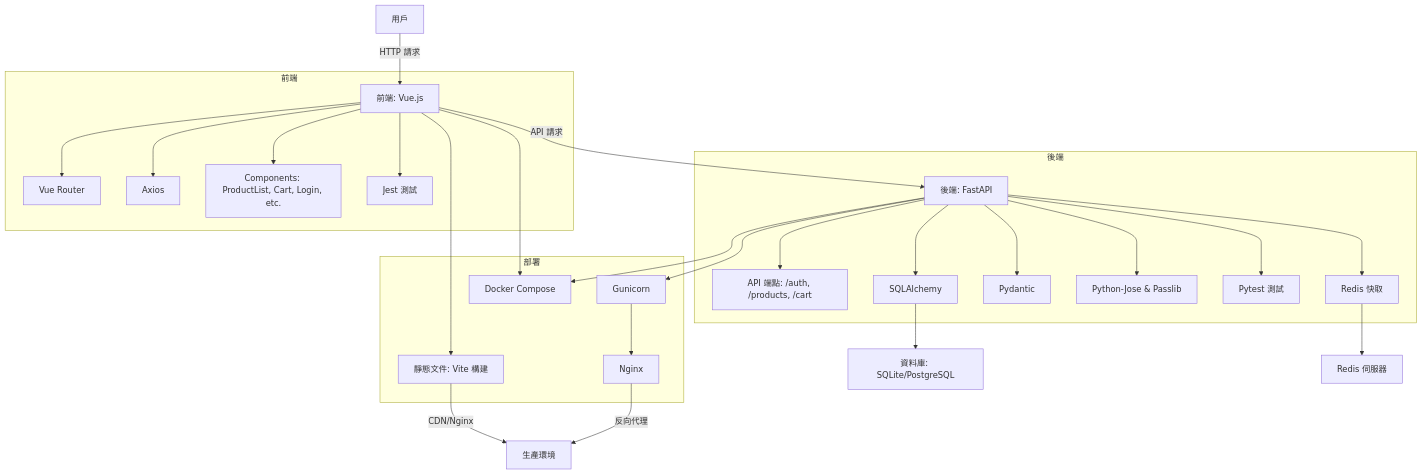
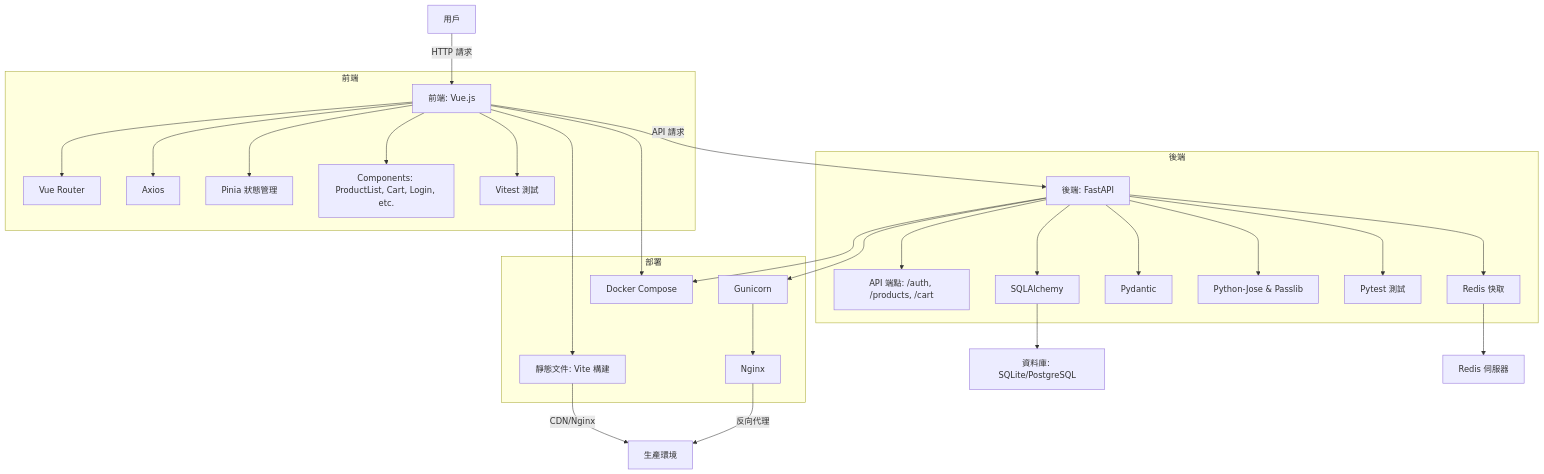
Before and after one commit to BpsEason/VueFastMart: the diagram in README.md, drawn with Mermaid. The commit also changed other lines of this file, not shown here.

````diff
--- a/README.md
+++ b/README.md
@@ -32,34 +32,35 @@
 ```mermaid
 graph TD
     A[用戶] -->|HTTP 請求| B[前端: Vue.js]
     B -->|API 請求| C[後端: FastAPI]
     
     subgraph 前端
         B --> D[Vue Router]
         B --> E[Axios]
-        B --> F[Components: ProductList, Cart, Login, etc.]
-        B --> G[Jest 測試]
+        B --> F[Pinia 狀態管理]
+        B --> G[Components: ProductList, Cart, Login, etc.]
+        B --> H[Vitest 測試]
     end
     
     subgraph 後端
-        C --> H[API 端點: /auth, /products, /cart]
-        C --> I[SQLAlchemy]
-        C --> J[Pydantic]
-        C --> K[Python-Jose & Passlib]
-        C --> L[Pytest 測試]
-        C --> M[Redis 快取]
+        C --> I[API 端點: /auth, /products, /cart]
+        C --> J[SQLAlchemy]
+        C --> K[Pydantic]
+        C --> L[Python-Jose & Passlib]
+        C --> M[Pytest 測試]
+        C --> N[Redis 快取]
     end
     
-    I --> N[資料庫: SQLite/PostgreSQL]
-    M --> O[Redis 伺服器]
+    J --> O[資料庫: SQLite/PostgreSQL]
+    N --> P[Redis 伺服器]
     
     subgraph 部署
-        C --> P[Gunicorn]
-        P --> Q[Nginx]
-        B --> R[靜態文件: Vite 構建]
-        C & B --> S[Docker Compose]
+        C --> Q[Gunicorn]
+        Q --> R[Nginx]
+        B --> S[靜態文件: Vite 構建]
+        C & B --> T[Docker Compose]
     end
     
-    Q -->|反向代理| T[生產環境]
-    R -->|CDN/Nginx| T
+    R -->|反向代理| U[生產環境]
+    S -->|CDN/Nginx| U
 ```
````
